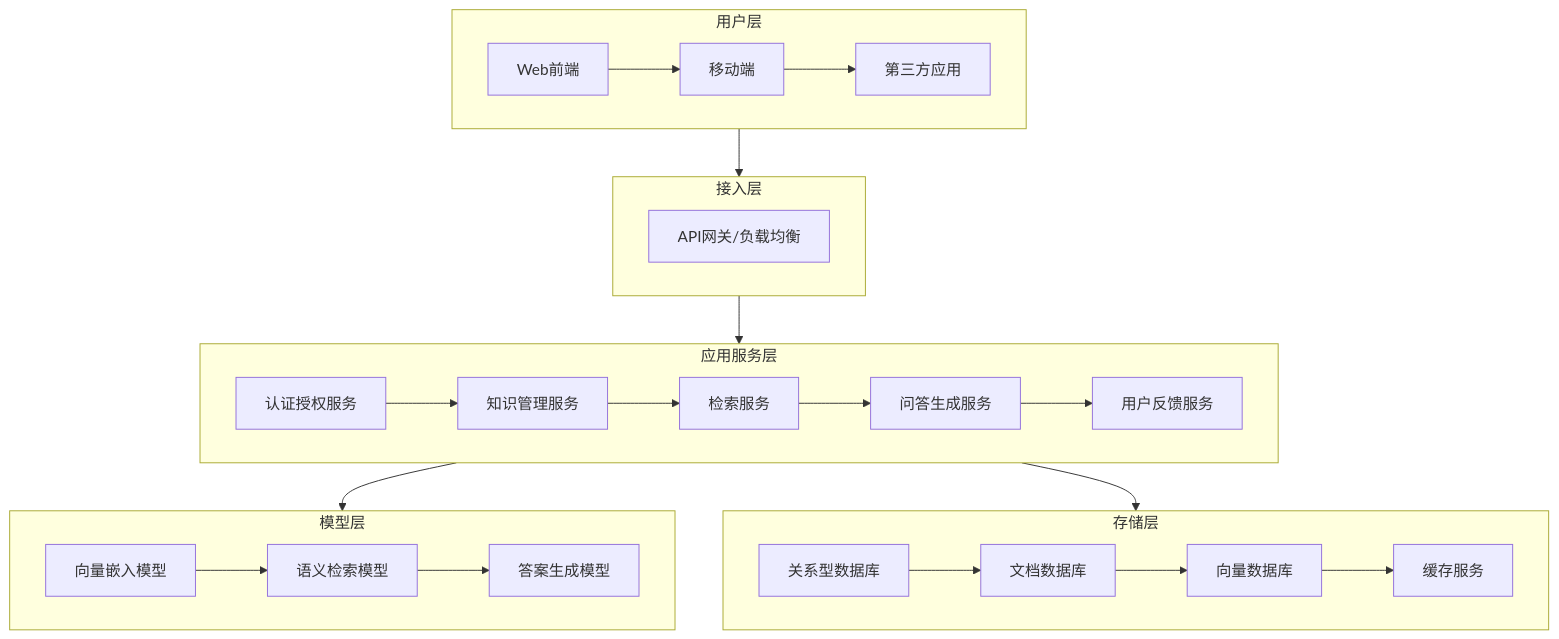
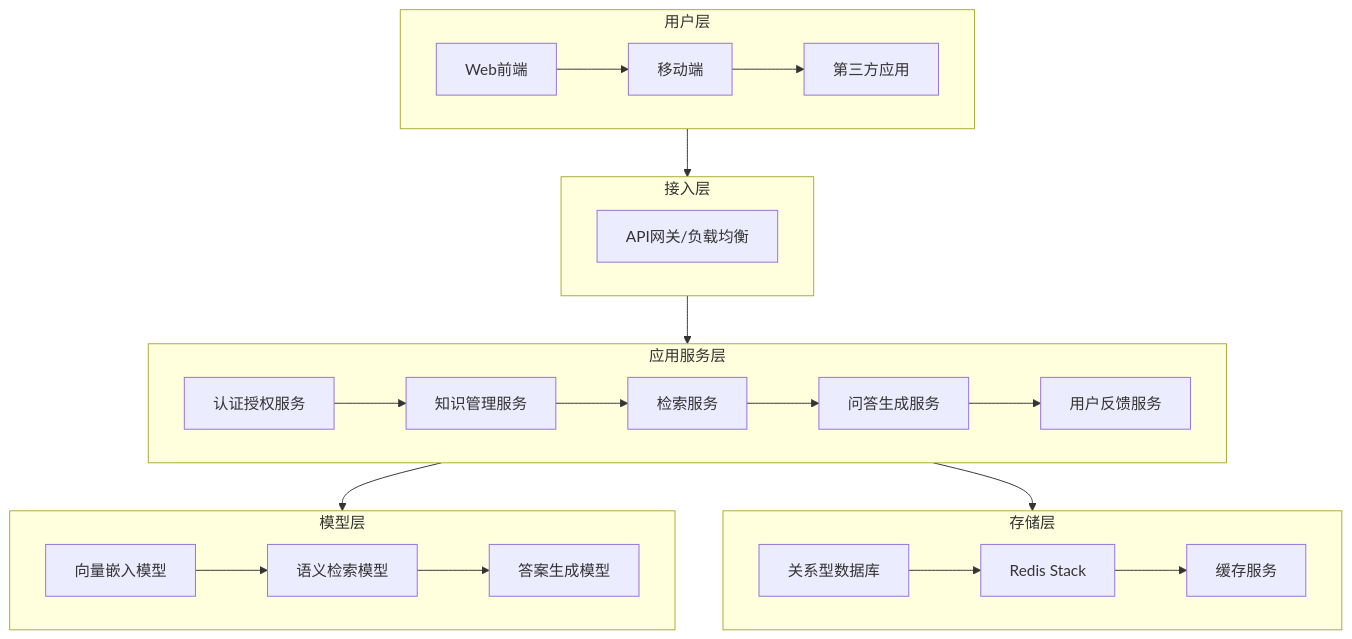
Before and after one commit to xmx0632/aiKnowledgeBase: the first of 5 diagrams in doc/架构设计.md, drawn with Mermaid. The commit also changed other lines of this file and 19 other files, not shown here.

````diff
--- a/doc/架构设计.md
+++ b/doc/架构设计.md
@@ -7,34 +7,33 @@
 ```mermaid
 graph TB
     subgraph 用户层
         A[Web前端] --> B[移动端]
         B --> C[第三方应用]
     end
 
     subgraph 接入层
         D[API网关/负载均衡]
     end
 
     subgraph 应用服务层
         E[认证授权服务] --> F[知识管理服务]
         F --> G[检索服务]
         G --> H[问答生成服务]
         H --> I[用户反馈服务]
     end
 
     subgraph 模型层
         J[向量嵌入模型] --> K[语义检索模型]
         K --> L[答案生成模型]
     end
 
     subgraph 存储层
-        M[关系型数据库] --> N[文档数据库]
-        N --> O[向量数据库]
-        O --> P[缓存服务]
+        M[关系型数据库] --> N[Redis Stack]
+        N --> O[缓存服务]
     end
 
     用户层 --> 接入层
     接入层 --> 应用服务层
     应用服务层 --> 模型层
     应用服务层 --> 存储层
 ```
````
